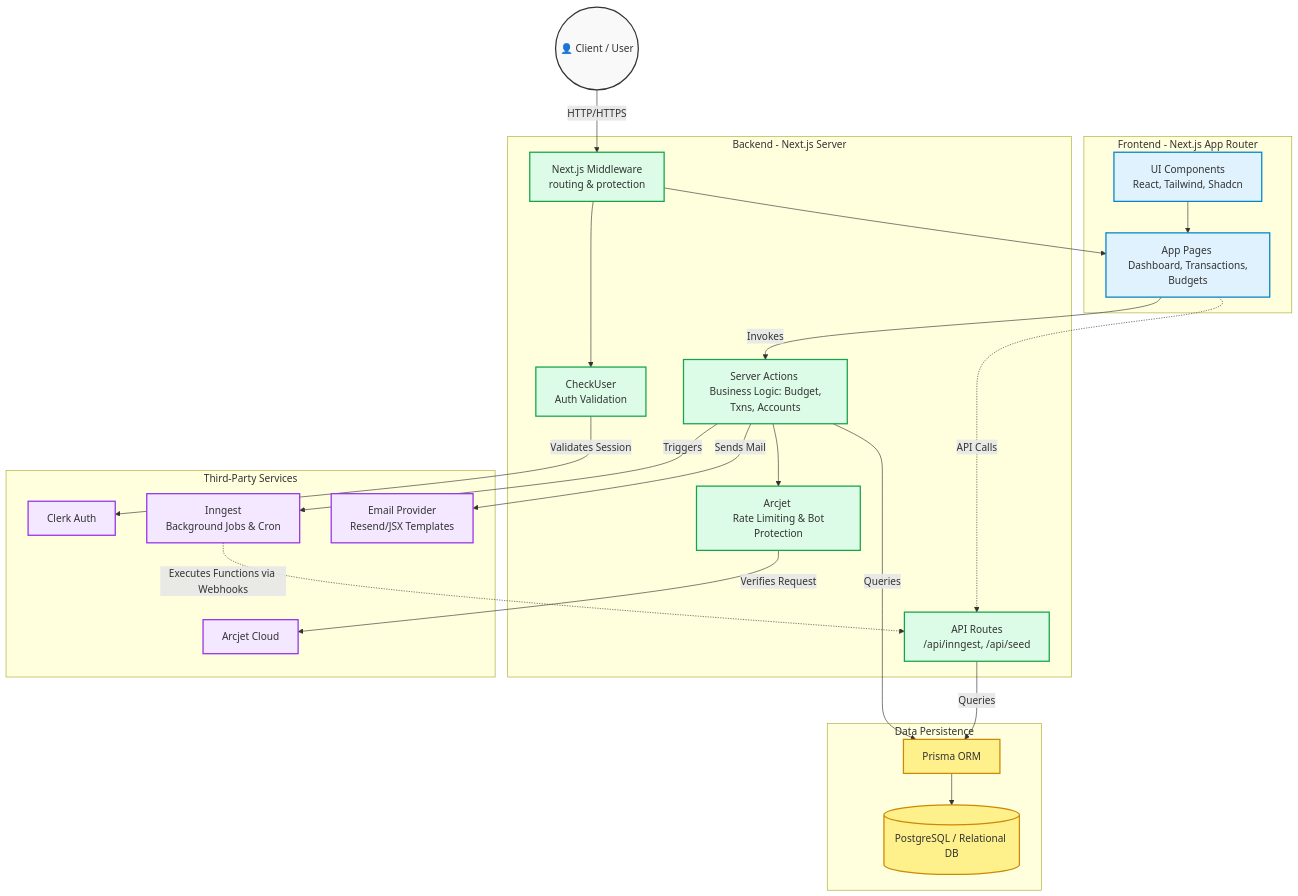
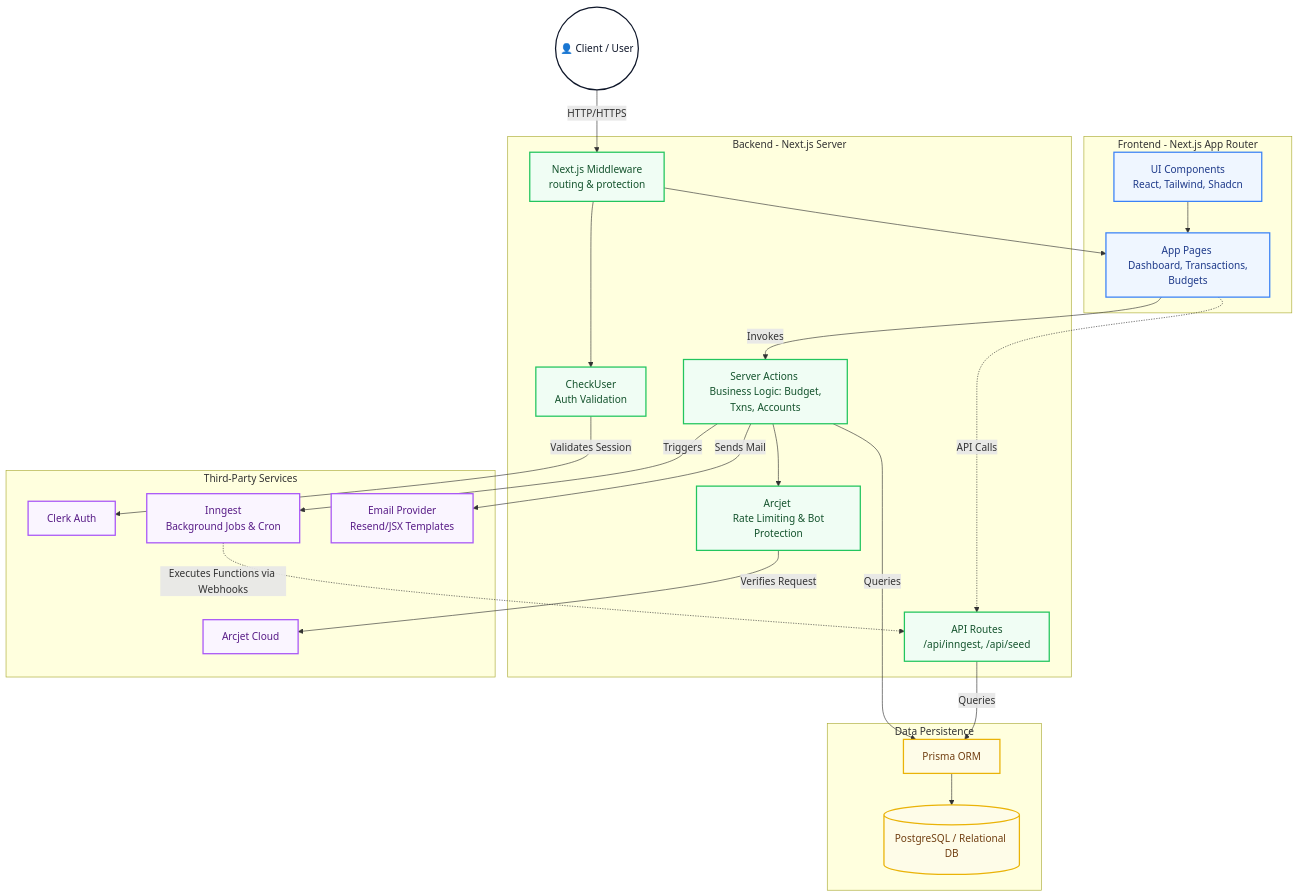
One commit to shreedharkb/FinOS changed the first of 2 diagrams in README.md. Above: the diagram before and after it, drawn with Mermaid.

Commit message:
style: update mermaid diagram class definitions with refined color palette and text styling

````diff
--- a/README.md
+++ b/README.md
@@ -42,63 +42,63 @@
 ```mermaid
 graph TD
     %% Define Styles
-    classDef user fill:#f9f9f9,stroke:#333,stroke-width:2px;
-    classDef frontend fill:#e0f2fe,stroke:#0284c7,stroke-width:2px;
-    classDef backend fill:#dcfce7,stroke:#16a34a,stroke-width:2px;
-    classDef database fill:#fef08a,stroke:#ca8a04,stroke-width:2px;
-    classDef external fill:#f3e8ff,stroke:#9333ea,stroke-width:2px;
+    classDef user fill:#ffffff,stroke:#0f172a,stroke-width:2px,color:#0f172a;
+    classDef frontend fill:#eff6ff,stroke:#3b82f6,stroke-width:2px,color:#1e3a8a;
+    classDef backend fill:#f0fdf4,stroke:#22c55e,stroke-width:2px,color:#14532d;
+    classDef database fill:#fefce8,stroke:#eab308,stroke-width:2px,color:#713f12;
+    classDef external fill:#faf5ff,stroke:#a855f7,stroke-width:2px,color:#581c87;
 
     %% Client/User
     User(("👤 Client / User")):::user
 
     %% Frontend Subgraph
     subgraph Frontend ["Frontend - Next.js App Router"]
         UI["UI Components <br/> React, Tailwind, Shadcn"]:::frontend
         Pages["App Pages <br/> Dashboard, Transactions, Budgets"]:::frontend
         UI --> Pages
     end
 
     %% Backend Subgraph
     subgraph Backend ["Backend - Next.js Server"]
         Middleware["Next.js Middleware <br/> routing & protection"]:::backend
         AuthCheck["CheckUser <br/> Auth Validation"]:::backend
         ServerActions["Server Actions <br/> Business Logic: Budget, Txns, Accounts"]:::backend
         API_Routes["API Routes <br/> /api/inngest, /api/seed"]:::backend
         Security["Arcjet <br/> Rate Limiting & Bot Protection"]:::backend
         
         Middleware --> AuthCheck
         ServerActions --> Security
     end
 
     %% Database Subgraph
     subgraph DB_Layer ["Data Persistence"]
         Prisma["Prisma ORM"]:::database
         DB[("PostgreSQL / Relational DB")]:::database
         Prisma --> DB
     end
 
     %% External Services Subgraph
     subgraph External_Services ["Third-Party Services"]
         Clerk["Clerk Auth"]:::external
         Inngest["Inngest <br/> Background Jobs & Cron"]:::external
         Resend["Email Provider <br/> Resend/JSX Templates"]:::external
         ArcjetCloud["Arcjet Cloud"]:::external
     end
 
     %% Interconnections
     User -->|HTTP/HTTPS| Middleware
     Middleware --> Pages
     Pages -->|Invokes| ServerActions
     Pages -.->|API Calls| API_Routes
     
     AuthCheck -->|Validates Session| Clerk
     Security -->|Verifies Request| ArcjetCloud
     
     ServerActions -->|Queries| Prisma
     API_Routes -->|Queries| Prisma
     
     ServerActions -->|Triggers| Inngest
     Inngest -.->|Executes Functions via Webhooks| API_Routes
     
     ServerActions -->|Sends Mail| Resend
 ```
````
